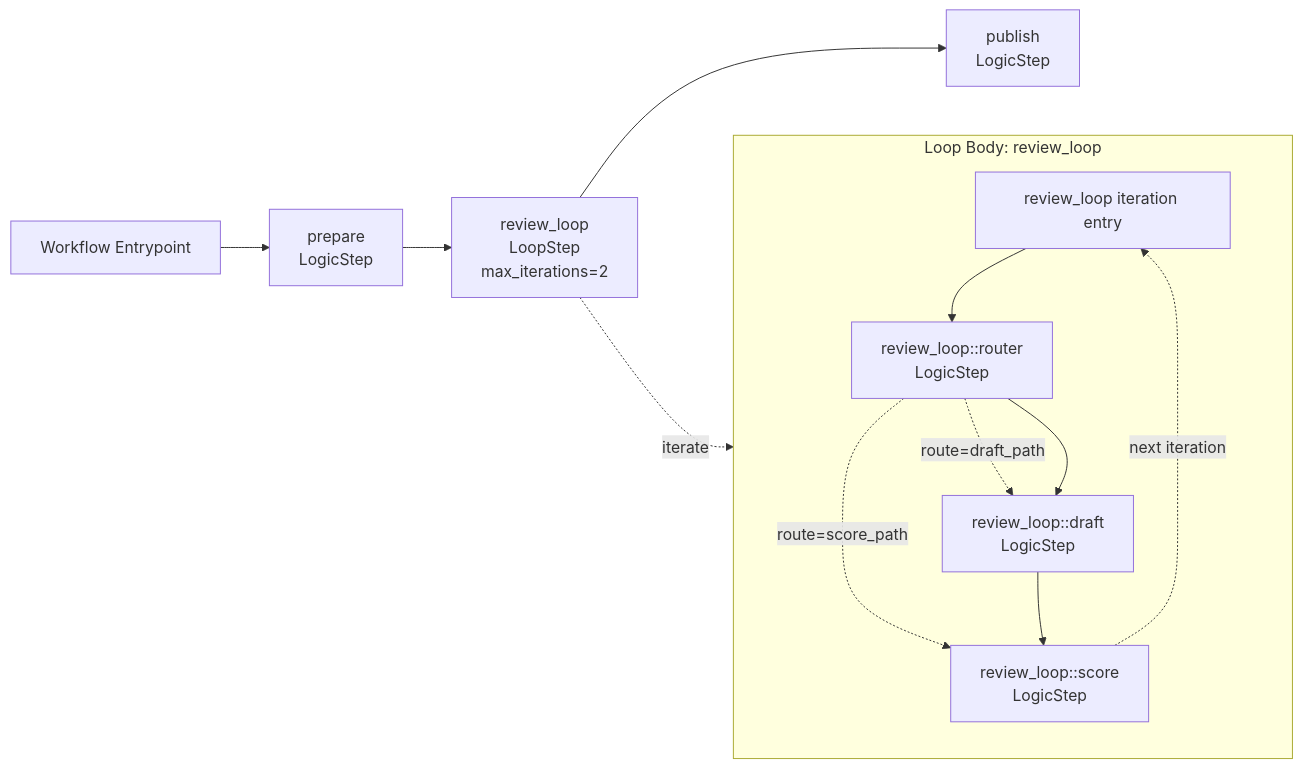
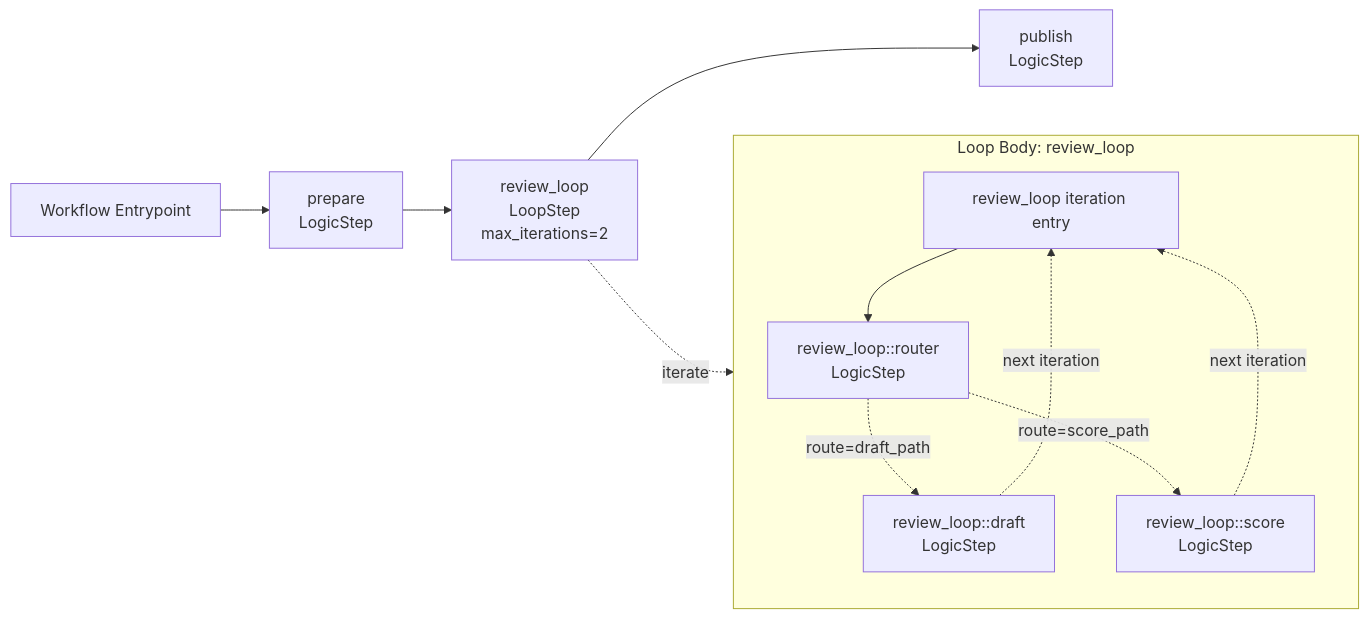
One commit to cmudrc/design-research-agents changed the diagram in docs/examples/workflow/workflow_diagram_generation.rst. Above: the diagram before and after it, drawn with Mermaid. The commit also changed other lines of this file and 6 other files, not shown here.

Commit message:
Clean up workflow diagram rendering

```diff
--- a/docs/examples/workflow/workflow_diagram_generation.rst
+++ b/docs/examples/workflow/workflow_diagram_generation.rst
@@ -25,24 +25,23 @@
 .. mermaid::
 
    flowchart LR
        workflow_entry["Workflow Entrypoint"]
        step_1["prepare<br/>LogicStep"]
        step_2["review_loop<br/>LoopStep<br/>max_iterations=2"]
        step_3["publish<br/>LogicStep"]
        subgraph loop_body_1["Loop Body: review_loop"]
            direction TD
            loop_entry_1["review_loop iteration entry"]
            step_4["review_loop::router<br/>LogicStep"]
            step_5["review_loop::draft<br/>LogicStep"]
            step_6["review_loop::score<br/>LogicStep"]
            loop_entry_1 --> step_4
            step_4 -. "route=draft_path" .-> step_5
            step_4 -. "route=score_path" .-> step_6
-           step_4 --> step_5
-           step_5 --> step_6
+           step_5 -. "next iteration" .-> loop_entry_1
            step_6 -. "next iteration" .-> loop_entry_1
        end
        workflow_entry --> step_1
        step_1 --> step_2
        step_2 -. "iterate" .-> loop_entry_1
        step_2 --> step_3
```
